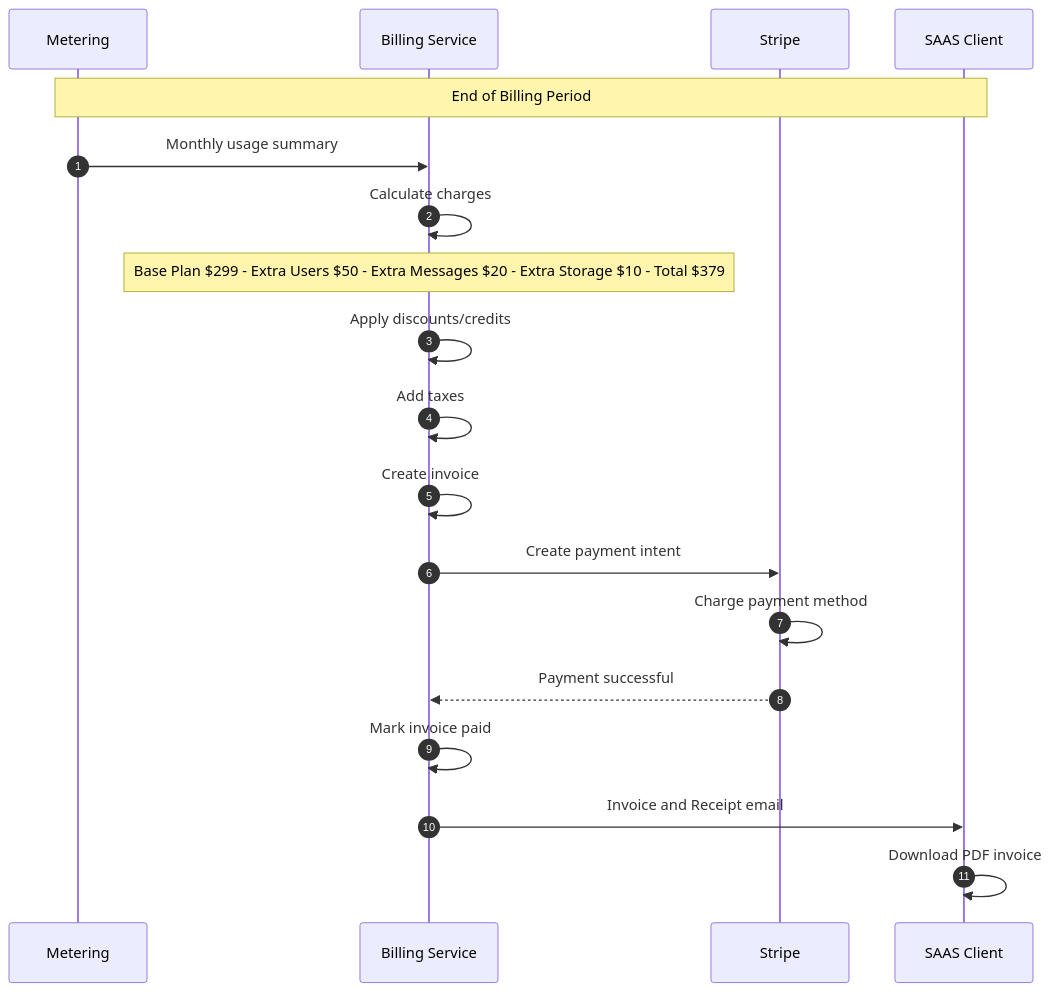
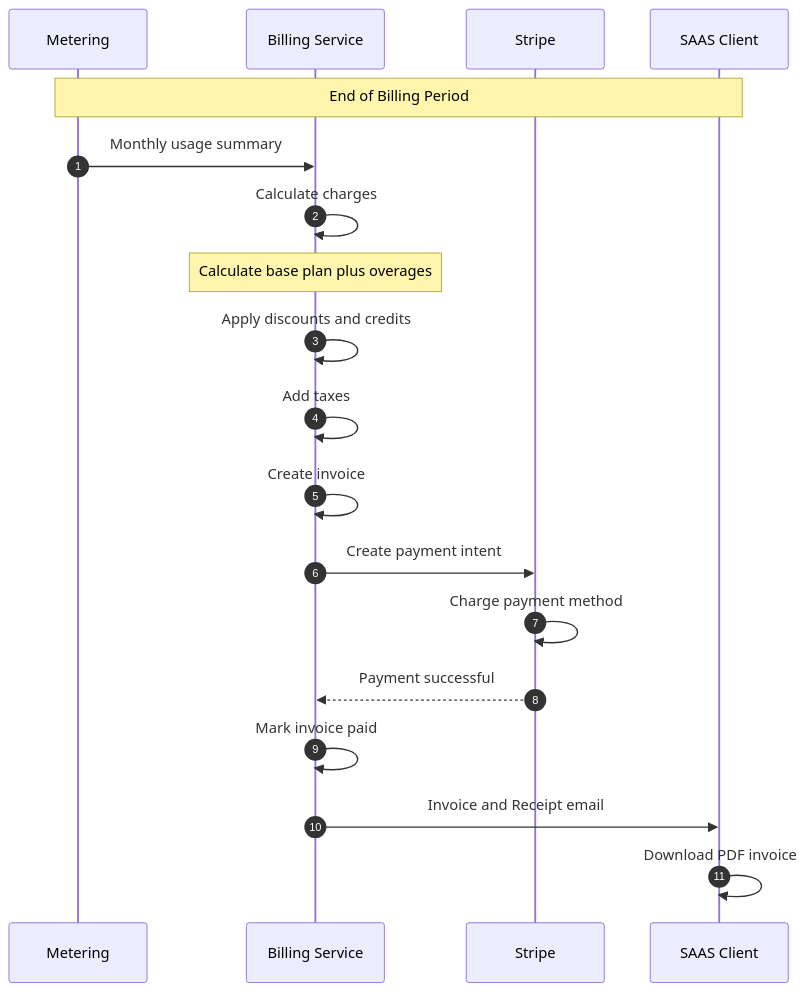
Before and after one commit to AtharvaBansod/CAAS: diagram 33 of 40 in docs/COMPLETE_PLATFORM_VISUAL_GUIDE.md, drawn with Mermaid.

Commit message:
Non-Techinical overview v.1.1

````diff
--- a/docs/COMPLETE_PLATFORM_VISUAL_GUIDE.md
+++ b/docs/COMPLETE_PLATFORM_VISUAL_GUIDE.md
@@ -1367,28 +1367,28 @@
 ```mermaid
 sequenceDiagram
     autonumber
     participant METER as Metering
     participant BILLING as Billing Service
     participant STRIPE as Stripe
     participant CLIENT as SAAS Client
     
     Note over METER,CLIENT: End of Billing Period
     
     METER->>BILLING: Monthly usage summary
     BILLING->>BILLING: Calculate charges
     
-    Note over BILLING: Base Plan $299 - Extra Users $50 - Extra Messages $20 - Extra Storage $10 - Total $379
+    Note over BILLING: Calculate base plan plus overages
     
-    BILLING->>BILLING: Apply discounts/credits
+    BILLING->>BILLING: Apply discounts and credits
     BILLING->>BILLING: Add taxes
     BILLING->>BILLING: Create invoice
     
     BILLING->>STRIPE: Create payment intent
     STRIPE->>STRIPE: Charge payment method
     STRIPE-->>BILLING: Payment successful
     
     BILLING->>BILLING: Mark invoice paid
     BILLING->>CLIENT: Invoice and Receipt email
     
     CLIENT->>CLIENT: Download PDF invoice
 ```
````
